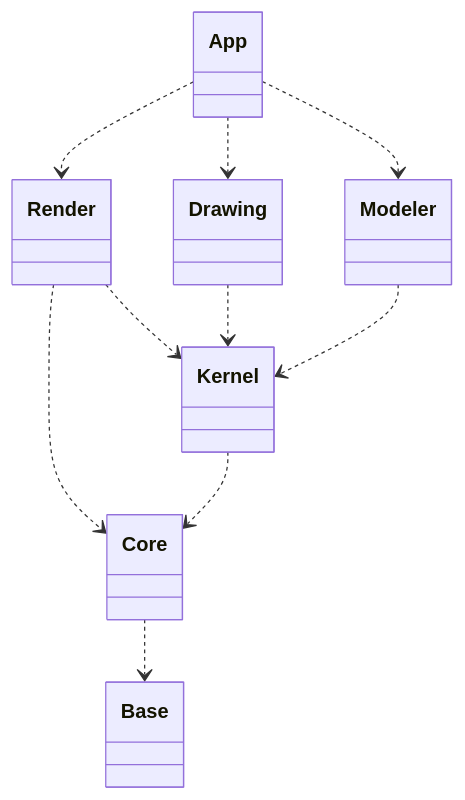
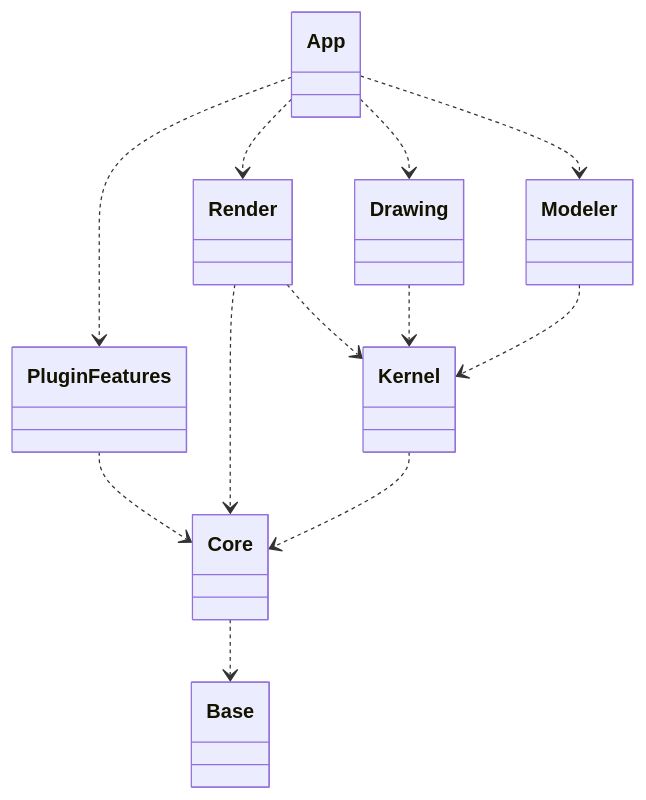
The first of 2 diagrams in docs/class_abstract.md (cslroot/cs), drawn with Mermaid before and after one commit. The commit also changed 20 other files, not shown here.

````diff
--- a/docs/class_abstract.md
+++ b/docs/class_abstract.md
@@ -1,12 +1,14 @@
 ```mermaid
 classDiagram
  App ..> Render
  App ..> Modeler
  App ..> Drawing
+ App ..> PluginFeatures
+ PluginFeatures ..> Core
  Render ..> Core
  Render ..> Kernel
  Drawing ..> Kernel
  Modeler ..> Kernel
  Core ..> Base
  Kernel ..> Core
 ```
````
